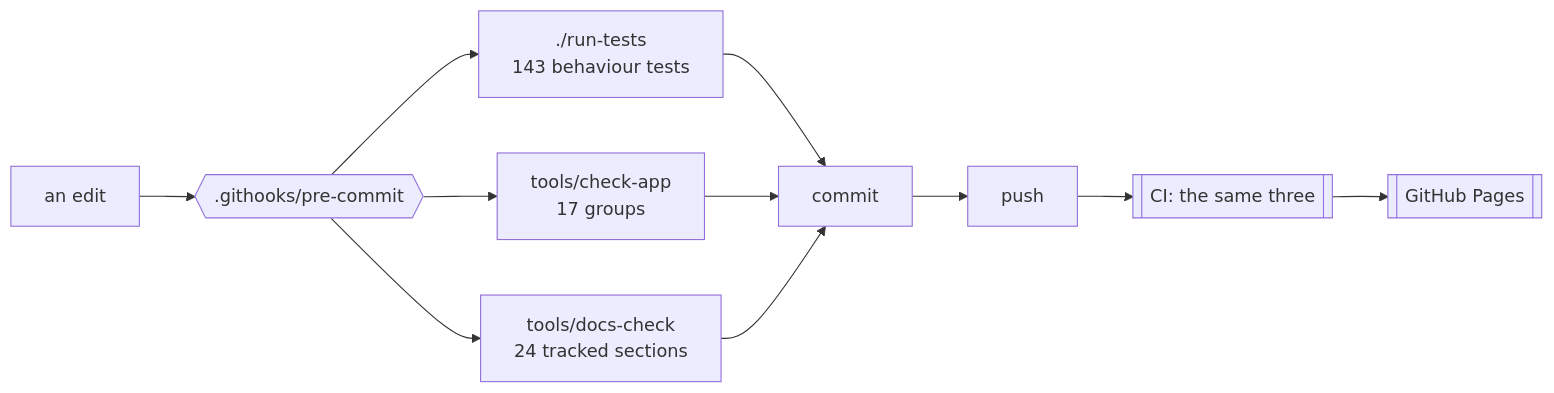
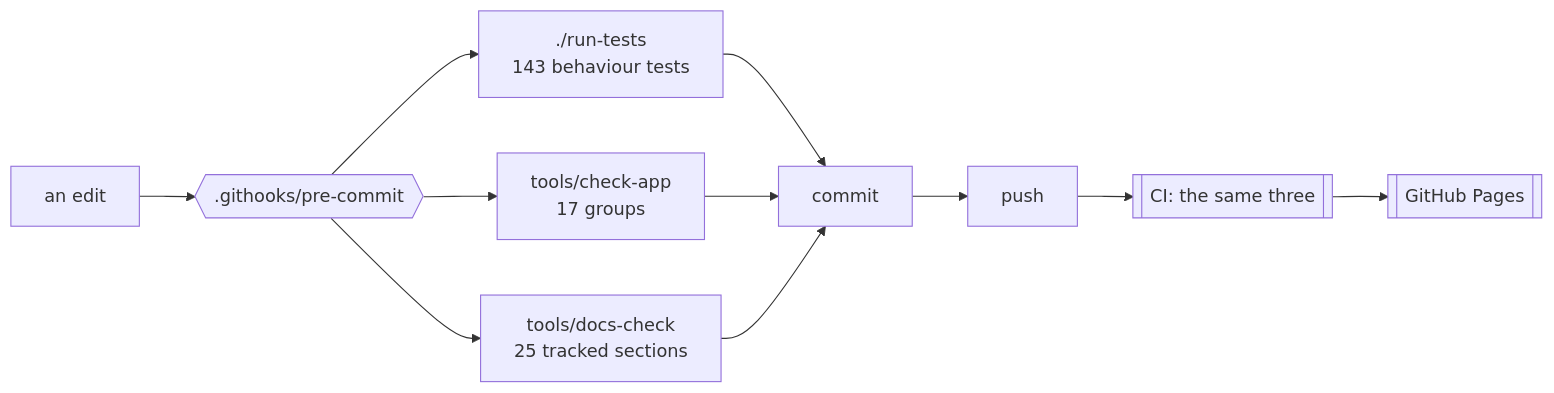
The first of 2 diagrams in docs/DEVELOPING.md (minormending/crystal-pilot-mobile), drawn with Mermaid before and after one commit. The commit also changed other lines of this file and 6 other files, not shown here.

````diff
--- a/docs/DEVELOPING.md
+++ b/docs/DEVELOPING.md
@@ -15,12 +15,12 @@
 ```mermaid
 flowchart LR
     E[an edit] --> H{{".githooks/pre-commit"}}
     H --> T["./run-tests<br/>143 behaviour tests"]
     H --> C["tools/check-app<br/>17 groups"]
-    H --> D["tools/docs-check<br/>24 tracked sections"]
+    H --> D["tools/docs-check<br/>25 tracked sections"]
     T --> OK[commit]
     C --> OK
     D --> OK
     OK --> P[push] --> CI[["CI: the same three"]]
     CI --> PG[[GitHub Pages]]
 ```
````
